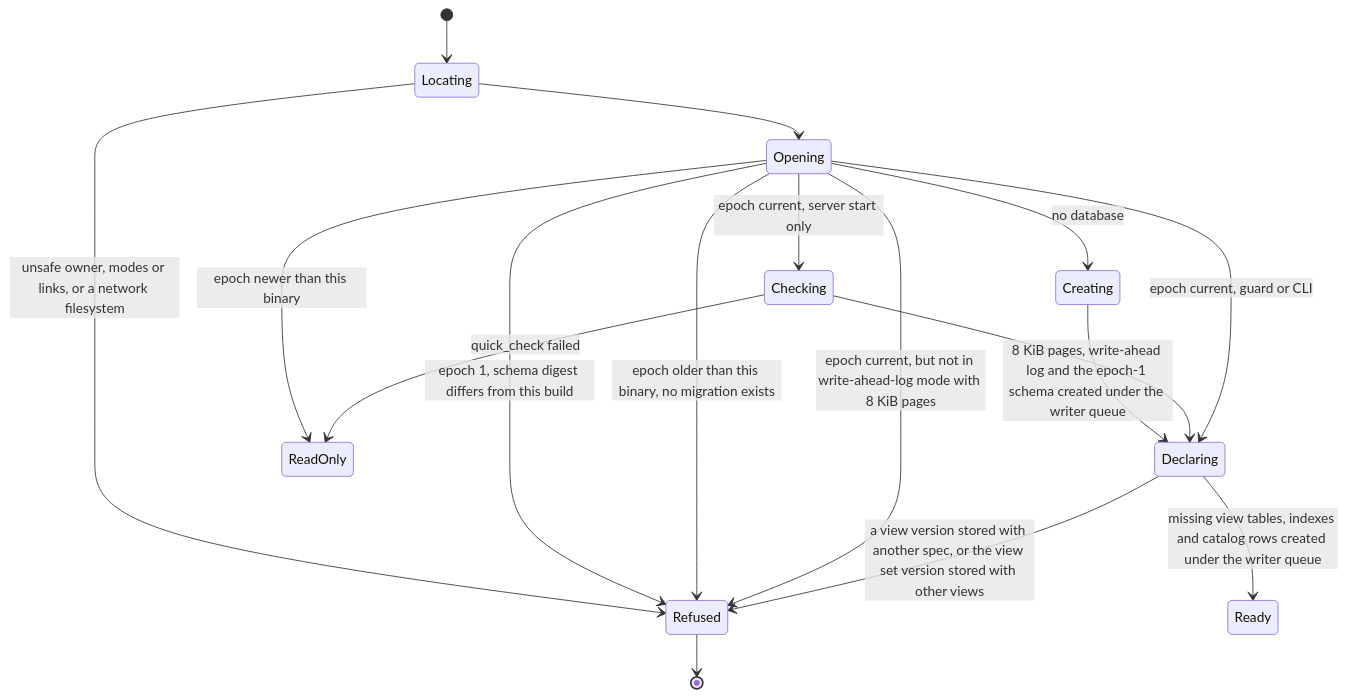
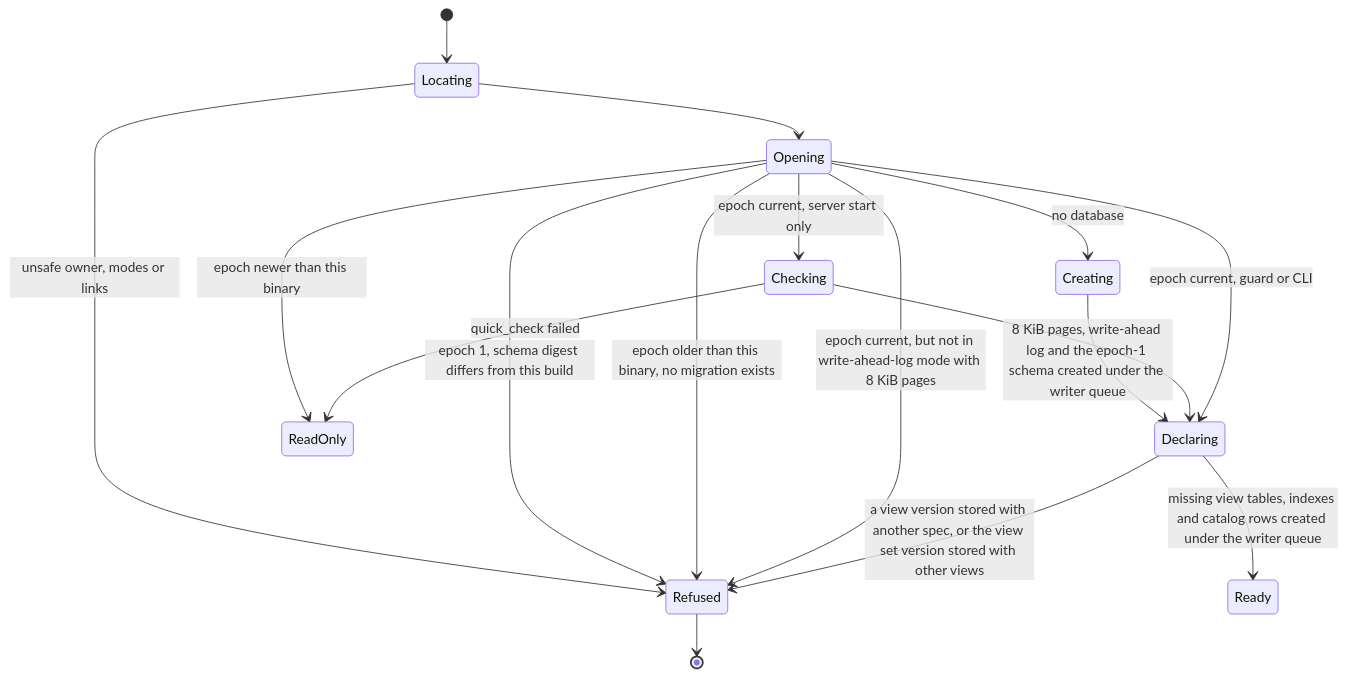
Diagram 12 of 14 in docs/design/0001-evidence-ledger.md (crenshawdev/baley), drawn with Mermaid before and after one commit. The commit also changed other lines of this file and 18 other files, not shown here.

````diff
--- a/docs/design/0001-evidence-ledger.md
+++ b/docs/design/0001-evidence-ledger.md
@@ -1054,19 +1056,19 @@
 ```mermaid
 stateDiagram-v2
   [*] --> Locating
-  Locating --> Refused : unsafe owner, modes or links, or a network filesystem
+  Locating --> Refused : unsafe owner, modes or links
   Locating --> Opening
   Opening --> Creating : no database
   Creating --> Declaring : 8 KiB pages, write-ahead log and the epoch-1 schema created under the writer queue
   Opening --> Refused : epoch 1, schema digest differs from this build
   Opening --> ReadOnly : epoch newer than this binary
   Opening --> Refused : epoch older than this binary, no migration exists
   Opening --> Refused : epoch current, but not in write-ahead-log mode with 8 KiB pages
   Opening --> Checking : epoch current, server start only
   Checking --> Declaring
   Checking --> ReadOnly : quick_check failed
   Opening --> Declaring : epoch current, guard or CLI
   Declaring --> Refused : a view version stored with another spec, or the view set version stored with other views
   Declaring --> Ready : missing view tables, indexes and catalog rows created under the writer queue
   Refused --> [*]
 ```
````
